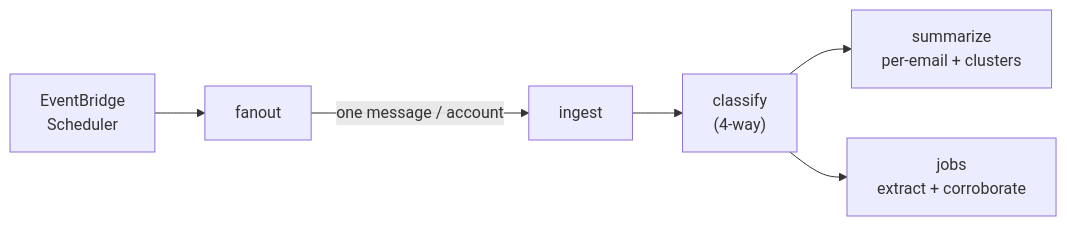
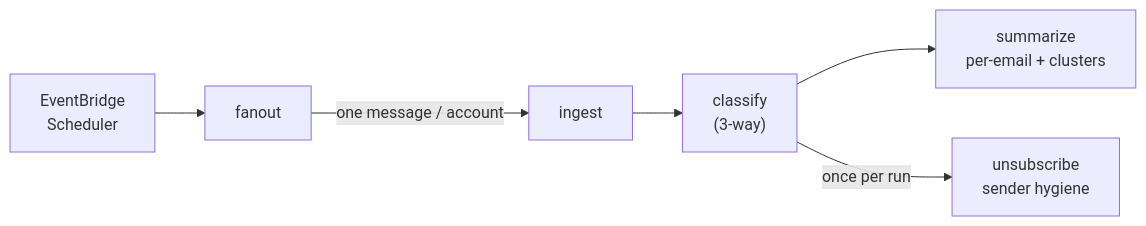
One commit to Kartik-Hirijaganer/Briefed changed the first of 2 diagrams in README.md. Above: the diagram before and after it, drawn with Mermaid. The commit also changed other lines of this file, not shown here.

First line of the commit message:
Change email classification from four-way to three-way

````diff
--- a/README.md
+++ b/README.md
@@ -86,8 +86,8 @@
 ```mermaid
 flowchart LR
   S["EventBridge<br/>Scheduler"] --> F["fanout"]
   F -->|one message / account| I["ingest"]
-  I --> C["classify<br/>(4-way)"]
+  I --> C["classify<br/>(3-way)"]
   C --> SUM["summarize<br/>per-email + clusters"]
-  C --> J["jobs<br/>extract + corroborate"]
+  C -->|once per run| U["unsubscribe<br/>sender hygiene"]
 ```
````
